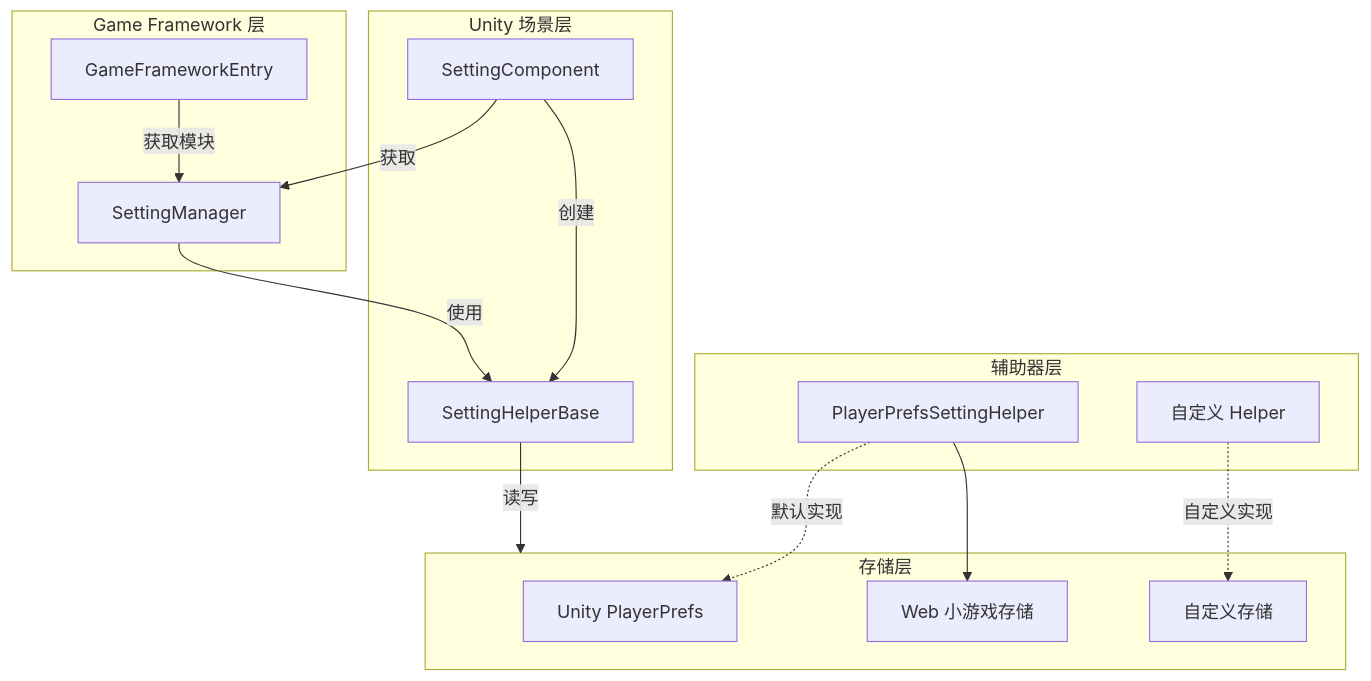
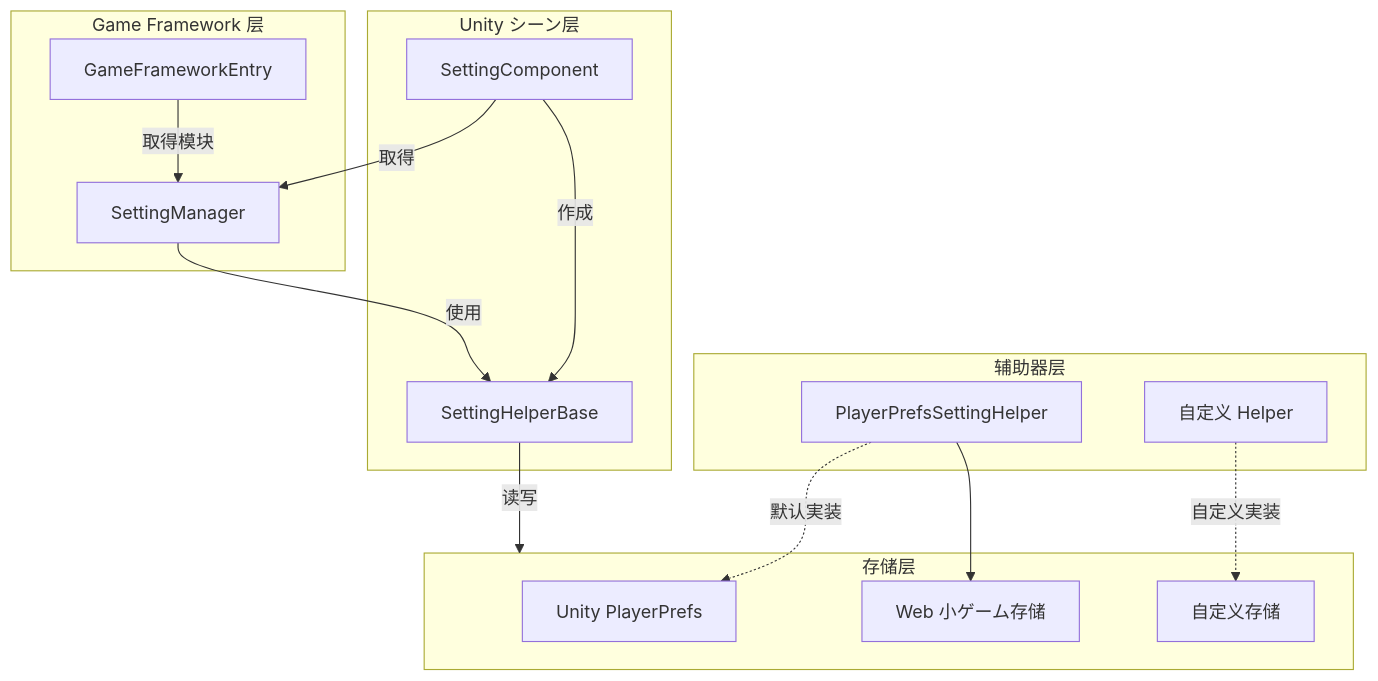
Before and after one commit to AlianBlank/GameFrameX.Docs: the second of 2 diagrams in docs/ja/client/unity/component/setting/03.getting-started.md, drawn with Mermaid. The commit also changed other lines of this file and 603 other files, not shown here.

````diff
--- a/docs/ja/client/unity/component/setting/03.getting-started.md
+++ b/docs/ja/client/unity/component/setting/03.getting-started.md
@@ -186,34 +186,34 @@
 ```mermaid
 flowchart TD
-    subgraph UnityScene["Unity 场景层"]
+    subgraph UnityScene["Unity シーン层"]
         SettingComp[SettingComponent]
         HelperComp[SettingHelperBase]
     end
 
     subgraph GameFramework["Game Framework 层"]
         SettingMgr[SettingManager]
         GFEntry[GameFrameworkEntry]
     end
 
     subgraph HelperLayer["辅助器层"]
         PPHelper[PlayerPrefsSettingHelper]
         CustomHelper[自定义 Helper]
     end
 
     subgraph Storage["存储层"]
         PlayerPrefs[Unity PlayerPrefs]
-        WebStorage[Web 小游戏存储]
+        WebStorage[Web 小ゲーム存储]
         CustomStorage[自定义存储]
     end
 
-    SettingComp -->|获取| SettingMgr
-    SettingComp -->|创建| HelperComp
-    GFEntry -->|获取模块| SettingMgr
+    SettingComp -->|取得| SettingMgr
+    SettingComp -->|作成| HelperComp
+    GFEntry -->|取得模块| SettingMgr
     SettingMgr -->|使用| HelperComp
     HelperComp -->|读写| Storage
     
-    PPHelper -.->|默认实现| PlayerPrefs
-    CustomHelper -.->|自定义实现| CustomStorage
+    PPHelper -.->|默认実装| PlayerPrefs
+    CustomHelper -.->|自定义実装| CustomStorage
     
     PPHelper --> WebStorage
 ```
````
